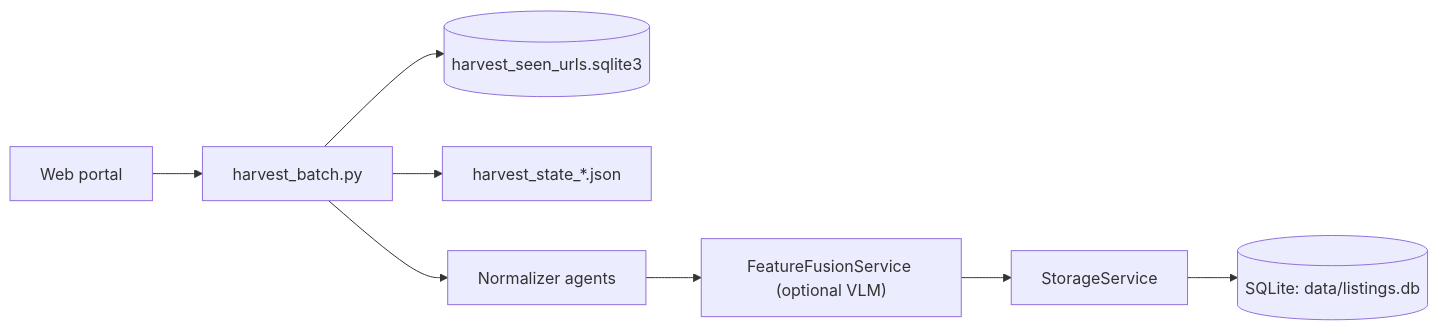
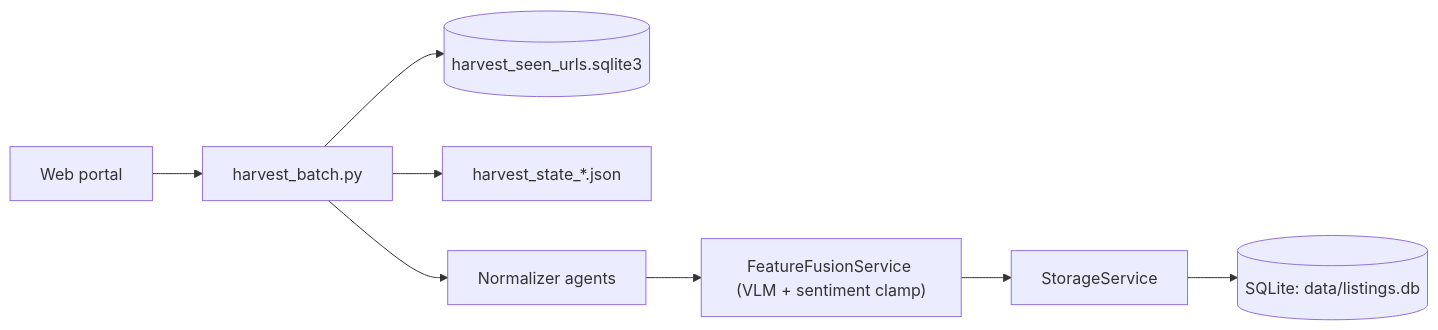
One commit to Nirtzur0/PropertyScanner changed the first of 3 diagrams in docs/02_data_pipeline.md. Above: the diagram before and after it, drawn with Mermaid. The commit also changed other lines of this file and 12 other files, not shown here.

Commit message:
Update documentation and services: enhanced README, system docs, added ERI signals service, improved valuation and VLM services

````diff
--- a/docs/02_data_pipeline.md
+++ b/docs/02_data_pipeline.md
@@ -7,10 +7,10 @@
 ```mermaid
 flowchart LR
     Portal["Web portal"] --> HB["harvest_batch.py"]
     HB --> Seen[("harvest_seen_urls.sqlite3")]
     HB --> State["harvest_state_*.json"]
     HB --> Norm["Normalizer agents"]
-    Norm --> Fusion["FeatureFusionService (optional VLM)"]
+    Norm --> Fusion["FeatureFusionService (VLM + sentiment clamp)"]
     Fusion --> Store["StorageService"]
     Store --> DB[("SQLite: data/listings.db")]
 ```
````
